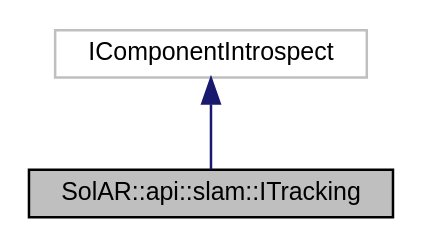
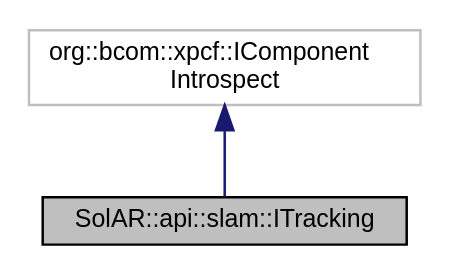
The diagram in api_documentation/class_sol_a_r_1_1api_1_1slam_1_1_i_tracking__coll__graph.dot (SolarFramework/solarframework.github.io), drawn with Graphviz before and after one commit. The commit also changed 1012 other files, not shown here.

```diff
--- a/api_documentation/class_sol_a_r_1_1api_1_1slam_1_1_i_tracking__coll__graph.dot
+++ b/api_documentation/class_sol_a_r_1_1api_1_1slam_1_1_i_tracking__coll__graph.dot
@@ -1,8 +1,9 @@
 digraph "SolAR::api::slam::ITracking"
 {
+ // LATEX_PDF_SIZE
   edge [fontname="Helvetica",fontsize="10",labelfontname="Helvetica",labelfontsize="10"];
   node [fontname="Helvetica",fontsize="10",shape=record];
-  Node2 [label="SolAR::api::slam::ITracking",height=0.2,width=0.4,color="black", fillcolor="grey75", style="filled", fontcolor="black"];
-  Node3 -> Node2 [dir="back",color="midnightblue",fontsize="10",style="solid",fontname="Helvetica"];
-  Node3 [label="IComponentIntrospect",height=0.2,width=0.4,color="grey75", fillcolor="white", style="filled"];
+  Node1 [label="SolAR::api::slam::ITracking",height=0.2,width=0.4,color="black", fillcolor="grey75", style="filled", fontcolor="black",tooltip="SLAM tracking task. UUID: c2182b8e-03e9-43a3-a5b9-326e80554cf8"];
+  Node2 -> Node1 [dir="back",color="midnightblue",fontsize="10",style="solid",fontname="Helvetica"];
+  Node2 [label="org::bcom::xpcf::IComponent\lIntrospect",height=0.2,width=0.4,color="grey75", fillcolor="white", style="filled",tooltip=" "];
 }
```
